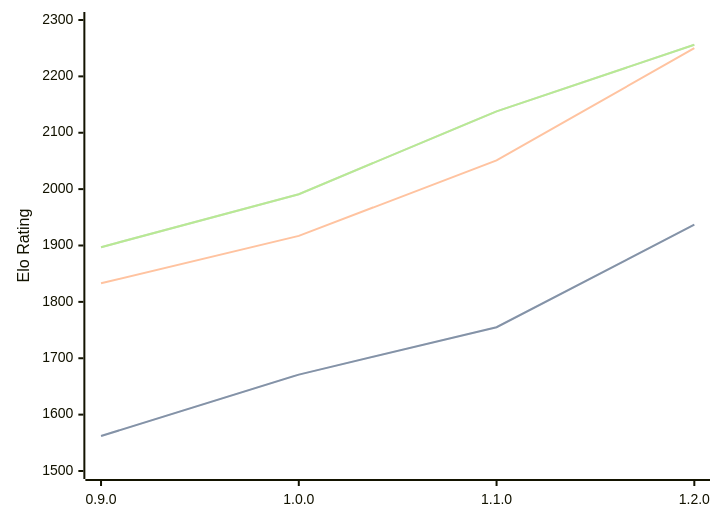
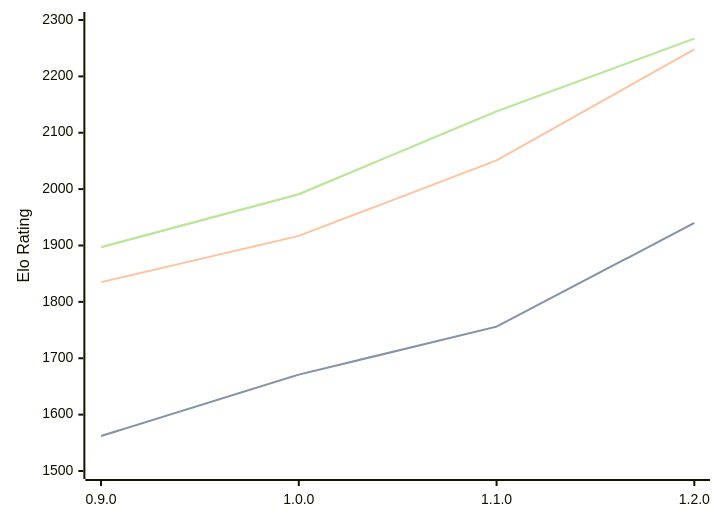
Before and after one commit to computer-chess-index/cci: the diagram in engines/Ratsu.md, drawn with Mermaid. The commit also changed other lines of this file, not shown here.

Commit message:
Update CCI Ratings (ELO VLTC) - 2026-05-15

````diff
--- a/engines/Ratsu.md
+++ b/engines/Ratsu.md
@@ -34,11 +34,11 @@
 ```mermaid
 %%{init: {"theme":"base","themeVariables":{"seriesColors:['#a3a3a3','#222221','#faa371']}}}%%
 xychart-beta
   x-axis ["0.9.0", "1.0.0", "1.1.0", "1.2.0"]
   y-axis "Elo Rating" 1500 --> 2300
-  line "STC (8.0+0.08s)" [1562, 1671, 1755, 1937]
-  line "STC (8.0+0.08s)" [1562, 1671, 1755, 1937]
-  line "LTC (60.0+0.60s)" [1833, 1917, 2051, 2250]
-  line "VLTC (2m24s+1.12s)" [1897, 1991, 2138, 2256]
-  line "VLTC (2m24s+1.12s)" [1897, 1991, 2138, 2256]
+  line "STC (8.0+0.08s)" [1562, 1671, 1756, 1940]
+  line "STC (8.0+0.08s)" [1562, 1671, 1756, 1940]
+  line "LTC (60.0+0.60s)" [1835, 1917, 2051, 2248]
+  line "VLTC (2m24s+1.12s)" [1897, 1991, 2138, 2267]
+  line "VLTC (2m24s+1.12s)" [1897, 1991, 2138, 2267]
 ```
````
